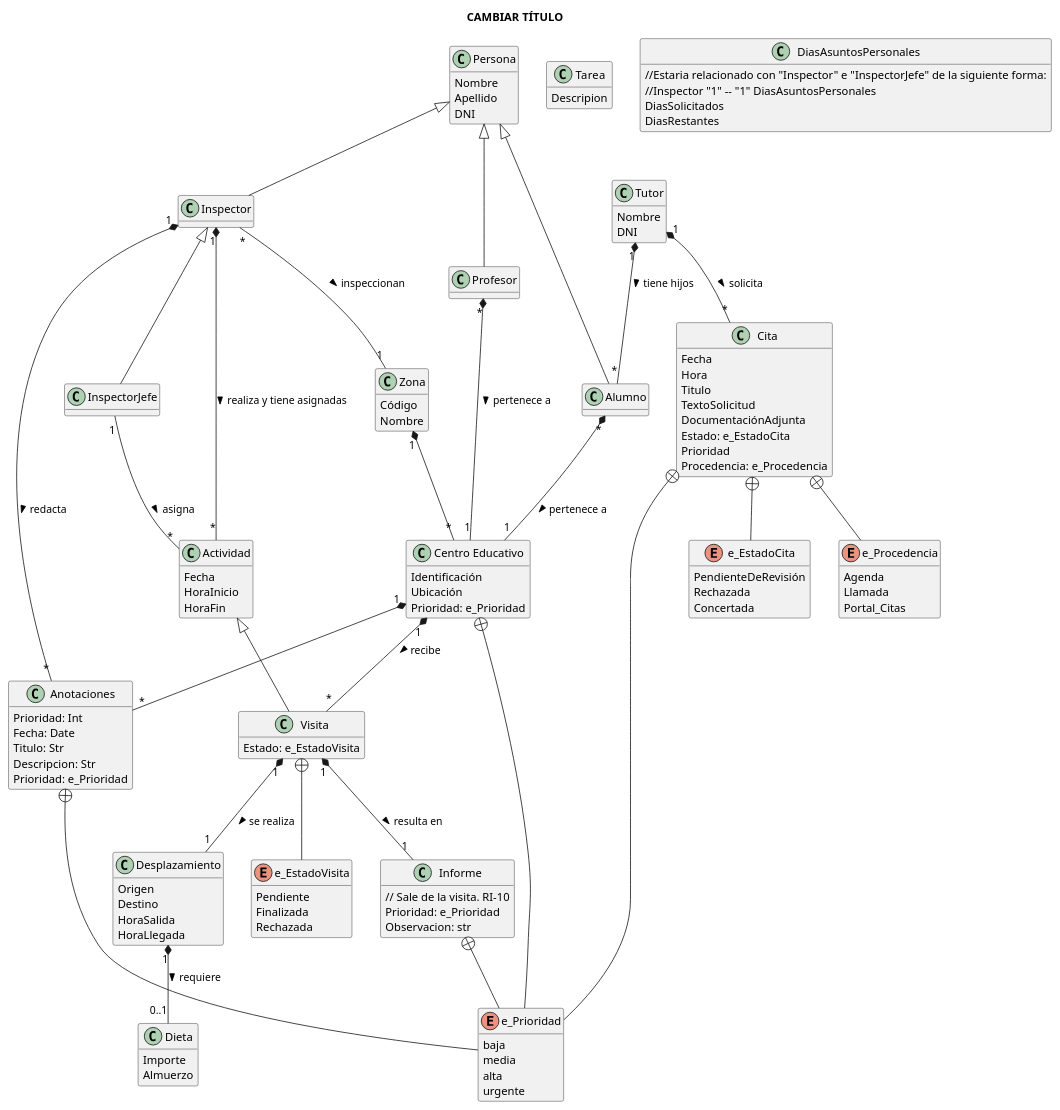
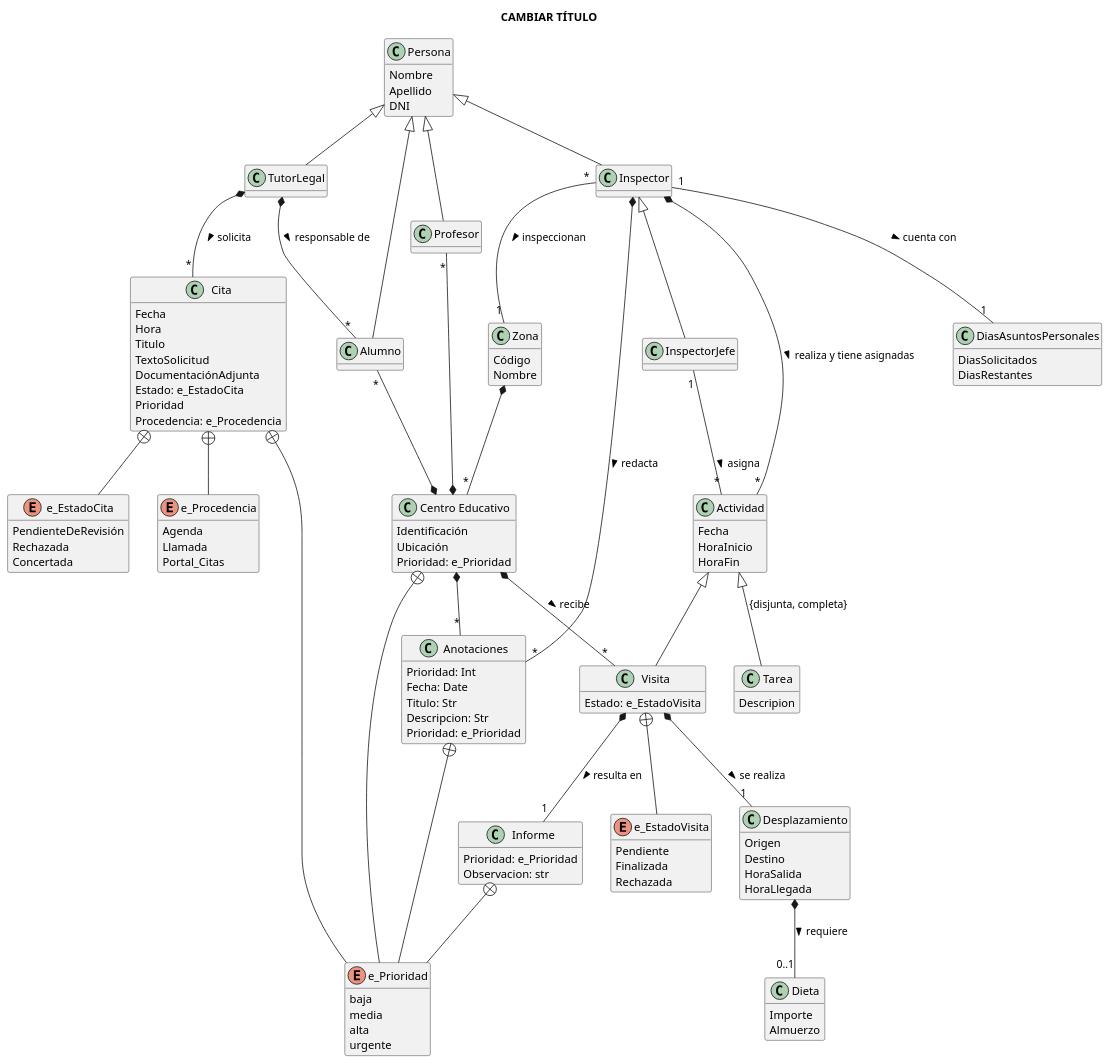
The diagram in docs/modelado_conceptual.puml (lorenzomaranon/ProyectoBD_Inspeccion_Educativa), drawn with PlantUML before and after one commit.

Commit message:
Elimina 1 de composiciones

```diff
--- a/docs/modelado_conceptual.puml
+++ b/docs/modelado_conceptual.puml
@@ -81,25 +81,6 @@
 
 }
 
-Inspector <|-- InspectorJefe
-Persona <|-- Alumno
-Persona <|-- Profesor
-Persona <|-- Inspector
-Actividad <|-- Visita
-Alumno "*" *-- "1" CentroEducativo: pertenece a >
-Profesor "*" *-- "1" CentroEducativo: pertenece a >
-Zona "1" *-- "*" CentroEducativo
-Inspector "*" -- "1" Zona: inspeccionan >
-Inspector "1" *-- "*" Anotaciones: redacta >
-Tutor "1" *-- "*" Alumno : tiene hijos > 
-Tutor "1" *-- "*" Cita : solicita >
-CentroEducativo "1" *-- "*" Visita: recibe >
-Inspector "1" *-- "*" Actividad: realiza y tiene asignadas >
-Visita "1" *-- "1" Informe: resulta en >
-Visita "1" *-- "1" Desplazamiento : se realiza >
-Desplazamiento "1" *-- "0..1" Dieta : requiere >
-InspectorJefe "1" -- "*" Actividad : asigna > 
-CentroEducativo "1" *-- "*" Anotaciones
 
 class InspectorJefe {
 }
@@ -182,8 +163,9 @@
     Rechazada
 }
 
+ 'Sale de la visita. RI-10
 class Informe { 
-    // Sale de la visita. RI-10
+    
     Prioridad: e_Prioridad
     Observacion: str
     }
@@ -200,9 +182,9 @@
     urgente
 }
 
+
 class DiasAsuntosPersonales {
-    //Estaria relacionado con "Inspector" e "InspectorJefe" de la siguiente forma:
-    //Inspector "1" -- "1" DiasAsuntosPersonales
+    
     DiasSolicitados
     DiasRestantes
 
@@ -229,9 +211,33 @@
 
 }
 
-class Tutor{
-    Nombre
-    DNI
+class TutorLegal{
+    
 }
 
+
+Inspector <|-- InspectorJefe
+Persona <|-- Alumno
+Persona <|-- Profesor
+Persona <|-- Inspector
+Persona <|-- TutorLegal
+Actividad <|-- Visita
+Actividad <|-- Tarea: {disjunta, completa}
+Alumno "*" --* CentroEducativo
+Profesor "*" --* CentroEducativo
+Zona *-- "*" CentroEducativo
+Inspector "*" -- "1" Zona: inspeccionan >
+Inspector *-- "*" Anotaciones: redacta >
+TutorLegal *-- "*" Alumno : responsable de > 
+TutorLegal *-- "*" Cita : solicita >
+CentroEducativo *-- "*" Visita: recibe >
+Inspector *-- "*" Actividad: realiza y tiene asignadas >
+Visita *-- "1" Informe: resulta en >
+Visita *-- "1" Desplazamiento : se realiza >
+Desplazamiento *-- "0..1" Dieta : requiere >
+InspectorJefe "1" -- "*" Actividad : asigna > 
+CentroEducativo *-- "*" Anotaciones
+Inspector "1" -- "1" DiasAsuntosPersonales: > cuenta con
+
+
 @enduml
```
